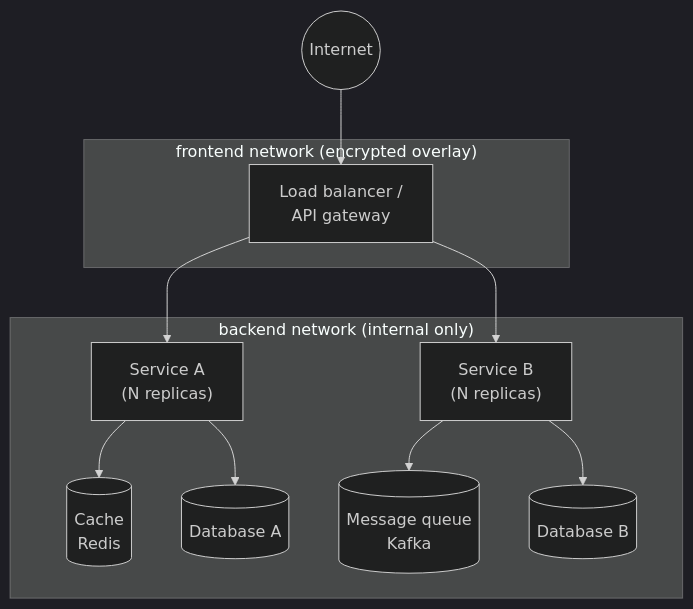
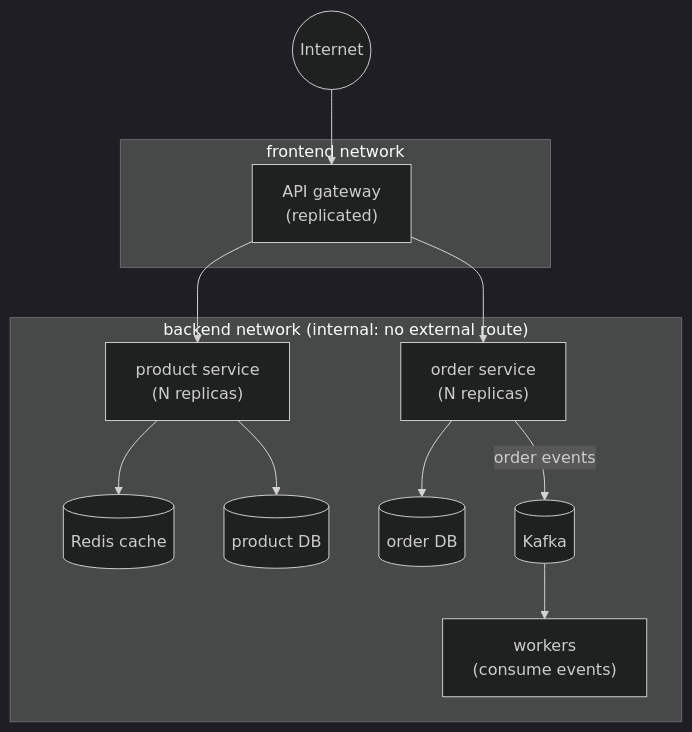
The first of 5 diagrams in github-pages/docs/technology/docker/advanced.md (AndrewAltimit/Documentation), drawn with Mermaid (dark theme) before and after one commit. The commit also changed other lines of this file and 240 other files, not shown here.

````diff
--- a/github-pages/docs/technology/docker/advanced.md
+++ b/github-pages/docs/technology/docker/advanced.md
@@ -35,21 +40,23 @@
 ```mermaid
 flowchart TB
-    Internet((Internet)) --> LB["Load balancer /<br/>API gateway"]
-    LB --> S1["Service A<br/>(N replicas)"]
-    LB --> S2["Service B<br/>(N replicas)"]
-    S1 --> Cache[("Cache<br/>Redis")]
-    S1 --> DB1[("Database A")]
-    S2 --> MQ[("Message queue<br/>Kafka")]
-    S2 --> DB2[("Database B")]
-    subgraph frontend["frontend network (encrypted overlay)"]
-        LB
+    Internet((Internet)) --> GW["API gateway<br/>(replicated)"]
+    subgraph frontend["frontend network"]
+        GW
     end
-    subgraph backend["backend network (internal only)"]
-        S1
-        S2
-        Cache
-        DB1
-        DB2
-        MQ
+    subgraph backend["backend network (internal: no external route)"]
+        P["product service<br/>(N replicas)"]
+        O["order service<br/>(N replicas)"]
+        C[("Redis cache")]
+        PDB[("product DB")]
+        ODB[("order DB")]
+        K[("Kafka")]
+        W["workers<br/>(consume events)"]
     end
+    GW --> P
+    GW --> O
+    P --> C
+    P --> PDB
+    O --> ODB
+    O -->|order events| K
+    K --> W
 ```
````
